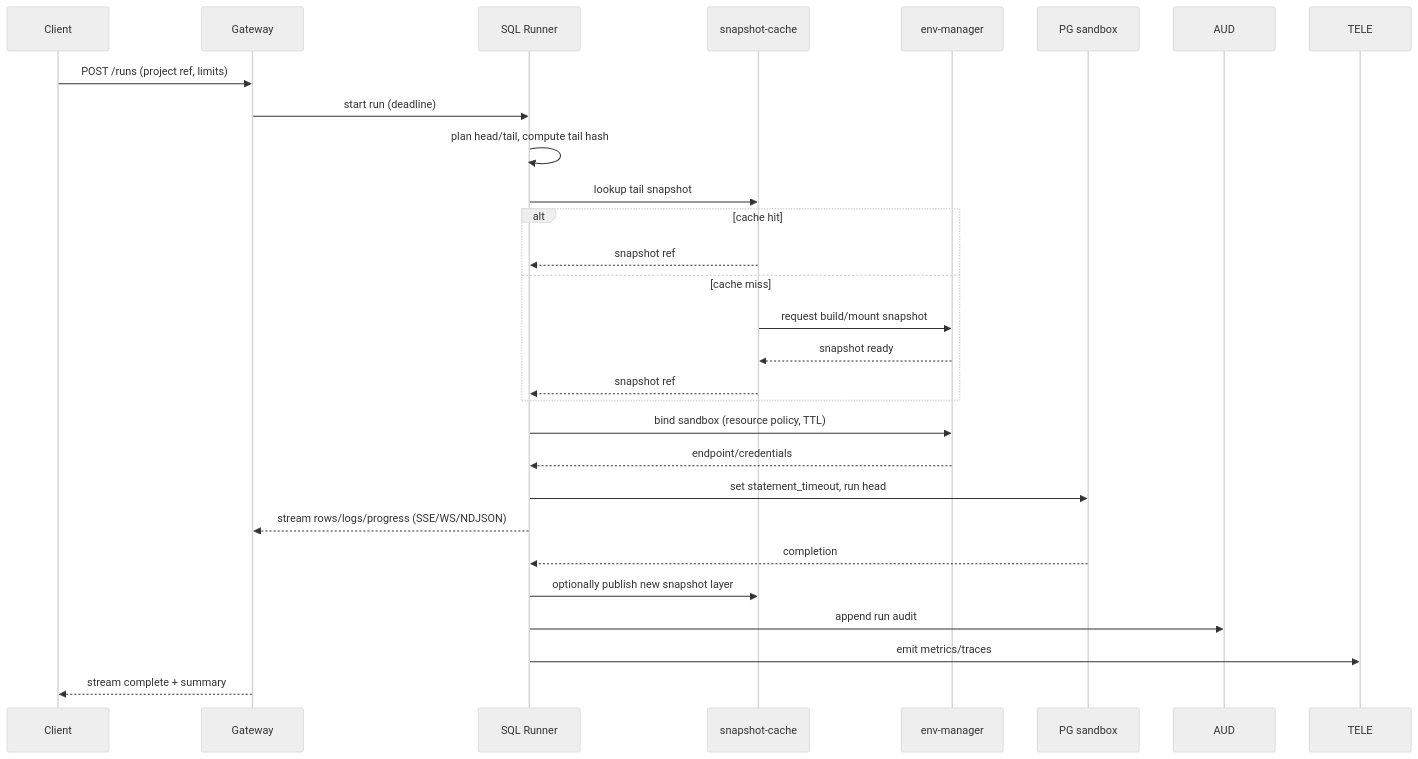
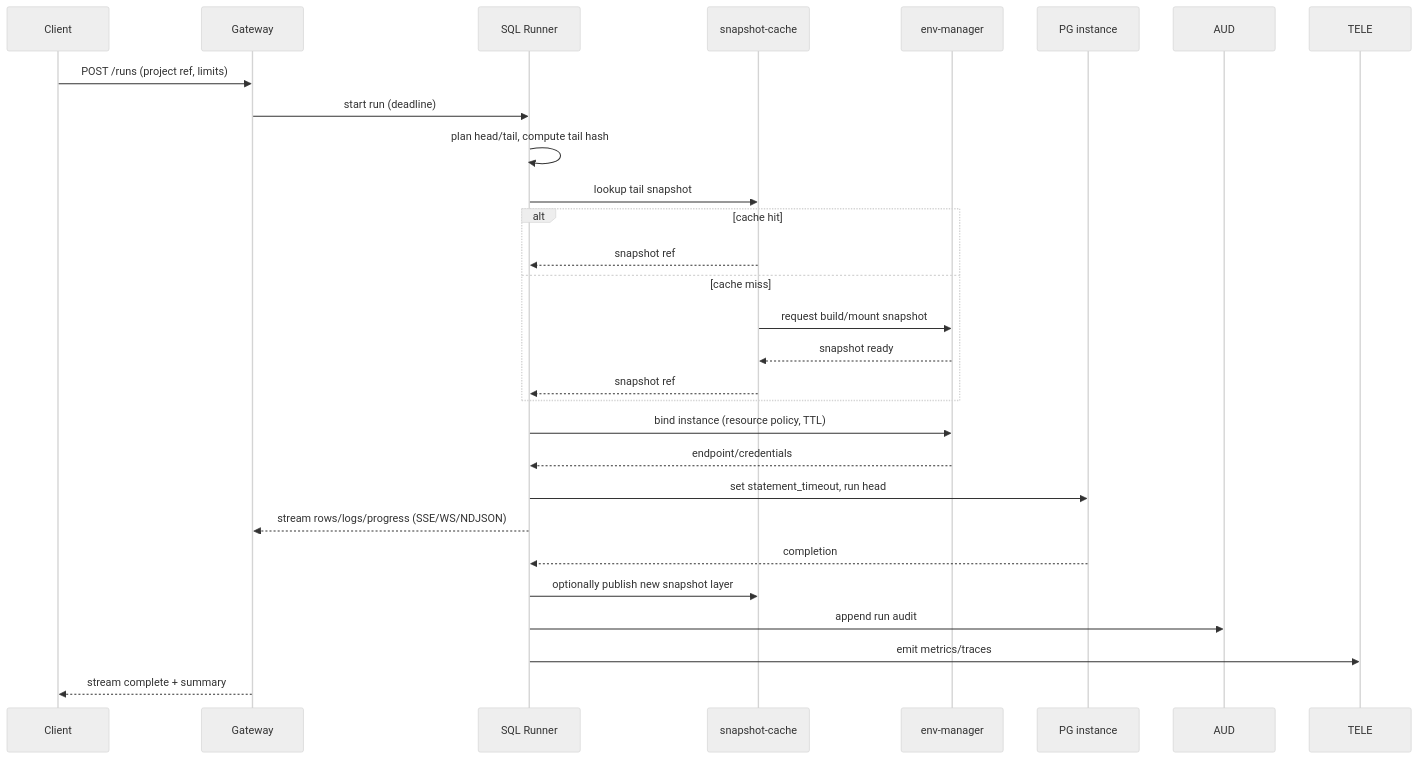
One commit to kimak-irmagi/taidon changed the second of 2 diagrams in docs/architecture/sql-runner-api.RU.md. Above: the diagram before and after it, drawn with Mermaid (neutral theme). The commit also changed other lines of this file and 90 other files, not shown here.

````diff
--- a/docs/architecture/sql-runner-api.RU.md
+++ b/docs/architecture/sql-runner-api.RU.md
@@ -51,30 +51,30 @@
 ```mermaid
 sequenceDiagram
   participant C as Client
   participant GW as Gateway
   participant SR as SQL Runner
   participant SC as snapshot-cache
   participant EM as env-manager
-  participant DB as PG sandbox
+  participant DB as PG instance
 
   C->>GW: POST /runs (project ref, limits)
   GW->>SR: start run (deadline)
   SR->>SR: plan head/tail, compute tail hash
   SR->>SC: lookup tail snapshot
   alt cache hit
     SC-->>SR: snapshot ref
   else cache miss
     SC->>EM: request build/mount snapshot
     EM-->>SC: snapshot ready
     SC-->>SR: snapshot ref
   end
-  SR->>EM: bind sandbox (resource policy, TTL)
+  SR->>EM: bind instance (resource policy, TTL)
   EM-->>SR: endpoint/credentials
   SR->>DB: set statement_timeout, run head
   SR-->>GW: stream rows/logs/progress (SSE/WS/NDJSON)
   DB-->>SR: completion
   SR->>SC: optionally publish new snapshot layer
   SR->>AUD: append run audit
   SR->>TELE: emit metrics/traces
   GW-->>C: stream complete + summary
 ```
````
